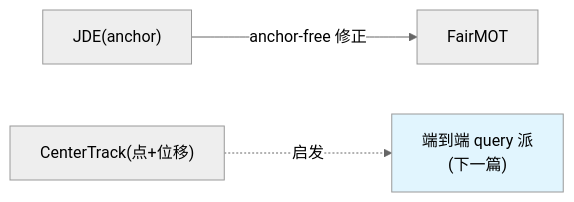
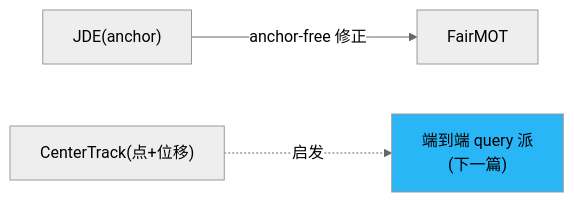
The fifth of 5 diagrams in docs/guides/tracking/jde-family.md (yyq19990828/onnxtools), drawn with Mermaid (neutral theme) before and after one commit. The commit also changed other lines of this file and 12 other files, not shown here.

First line of the commit message:
fix(docs): 修复 mermaid 暗色模式配色 + 语法报错 + 数学公式渲染

````diff
--- a/docs/guides/tracking/jde-family.md
+++ b/docs/guides/tracking/jde-family.md
@@ -99,6 +99,6 @@
 ```mermaid
 graph LR
     JDE["JDE(anchor)"] -->|anchor-free 修正| FAIR["FairMOT"]
     CT["CenterTrack(点+位移)"] -.启发.-> E2E["端到端 query 派<br/>(下一篇)"]
-    style E2E fill:#e1f5fe
+    style E2E fill:#29b6f6
 ```
````
